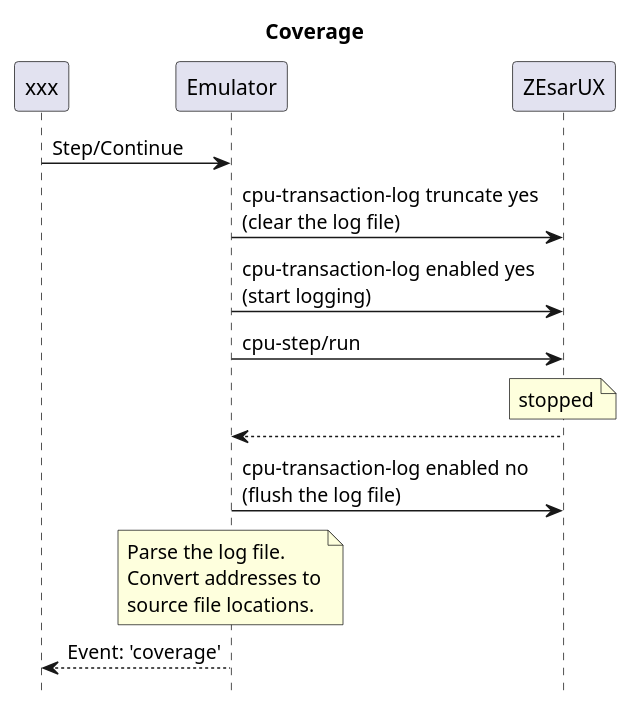
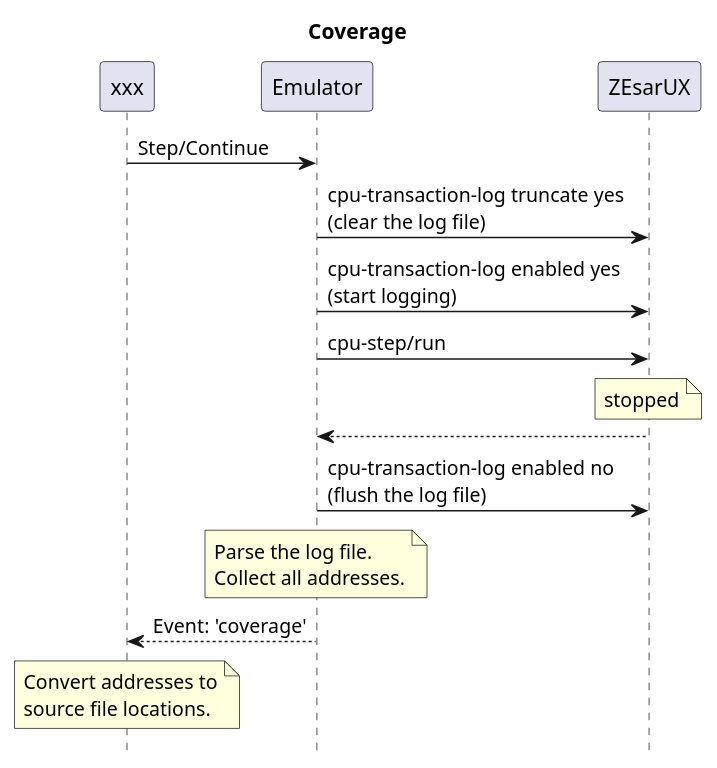
Before and after one commit to maziac/DeZog: the sixth of 6 diagrams in design/design.md, drawn with PlantUML. The commit also changed 3 other files, not shown here.

````diff
--- a/design/design.md
+++ b/design/design.md
@@ -329,13 +329,14 @@
 ```puml
 hide footbox
 title Coverage
 xxx -> Emulator: Step/Continue
 Emulator -> ZEsarUX: cpu-transaction-log truncate yes\n(clear the log file)
 Emulator -> ZEsarUX: cpu-transaction-log enabled yes\n(start logging)
 Emulator -> ZEsarUX: cpu-step/run
 note over ZEsarUX: stopped
 Emulator <-- ZEsarUX:
 Emulator -> ZEsarUX: cpu-transaction-log enabled no\n(flush the log file)
-note over Emulator: Parse the log file.\nConvert addresses to\nsource file locations.
+note over Emulator: Parse the log file.\nCollect all addresses.
 xxx <-- Emulator: Event: 'coverage'
+note over xxx: Convert addresses to\nsource file locations.
 ```
````
